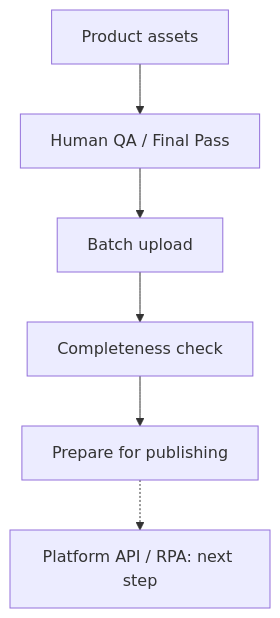
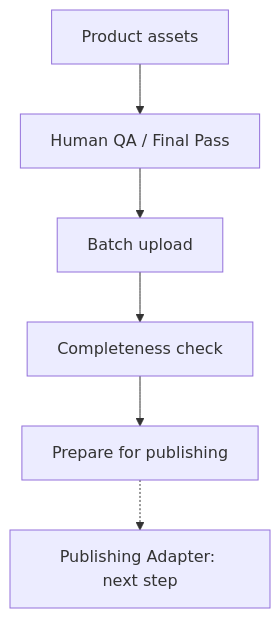
The diagram in README_EN.md (TurboChe91/ecommerce-ai-asset-workflow), drawn with Mermaid before and after one commit. The commit also changed other lines of this file and 3 other files, not shown here.

````diff
--- a/README_EN.md
+++ b/README_EN.md
@@ -28,8 +28,8 @@
 ```mermaid
 flowchart TD
     A[Product assets] --> B[Human QA / Final Pass]
     B --> C[Batch upload]
     C --> D[Completeness check]
     D --> E[Prepare for publishing]
-    E -.-> F[Platform API / RPA: next step]
+    E -.-> F[Publishing Adapter: next step]
 ```
````
